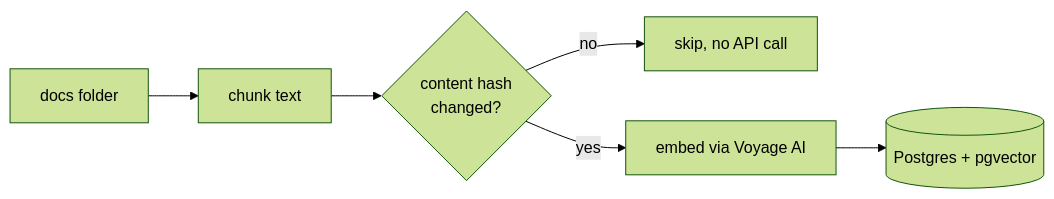
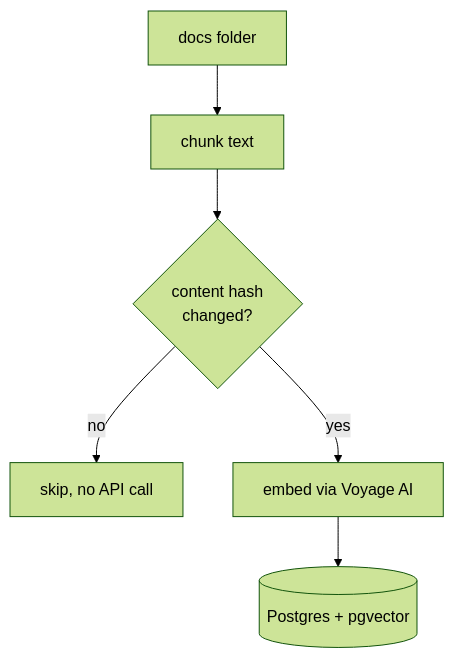
Before and after one commit to theniitettey/doc-rag-mcp: the first of 2 diagrams in README.md, drawn with Mermaid (forest theme). The commit also changed other lines of this file, not shown here.

Commit message:
Make flow diagrams vertical

````diff
--- a/README.md
+++ b/README.md
@@ -20,8 +20,8 @@
 ```mermaid
-flowchart LR
+flowchart TD
     A[docs folder] --> B[chunk text]
     B --> C{content hash<br/>changed?}
     C -- no --> D[skip, no API call]
     C -- yes --> E[embed via Voyage AI]
     E --> F[(Postgres + pgvector)]
 ```
````
